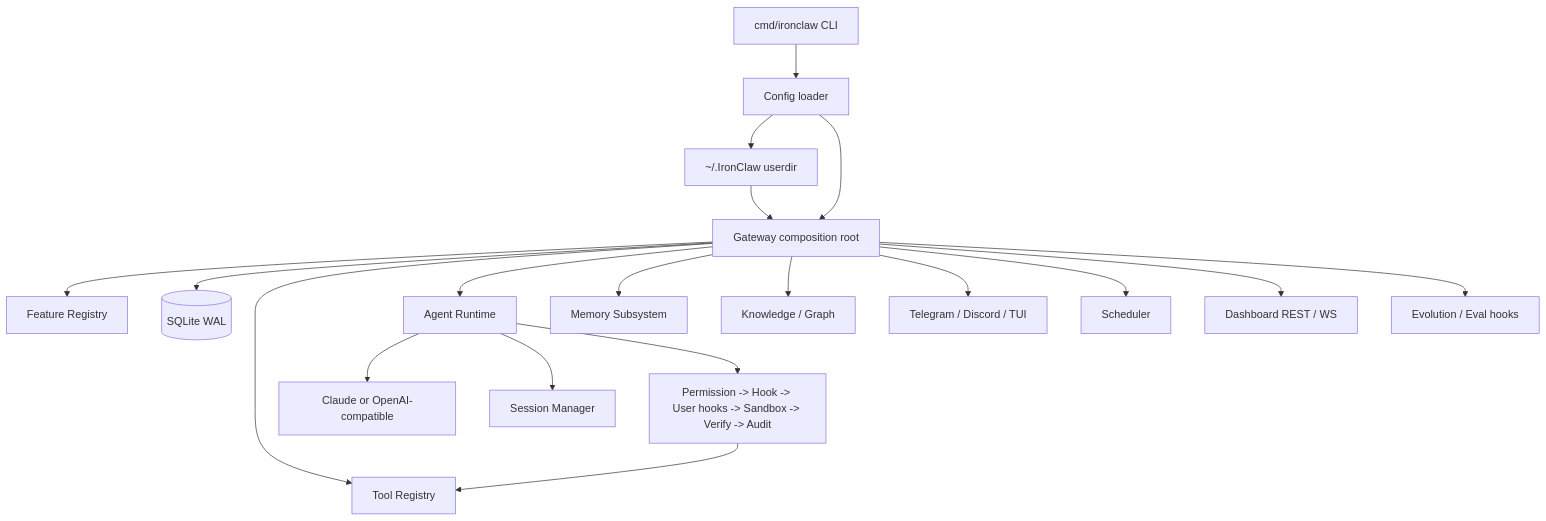
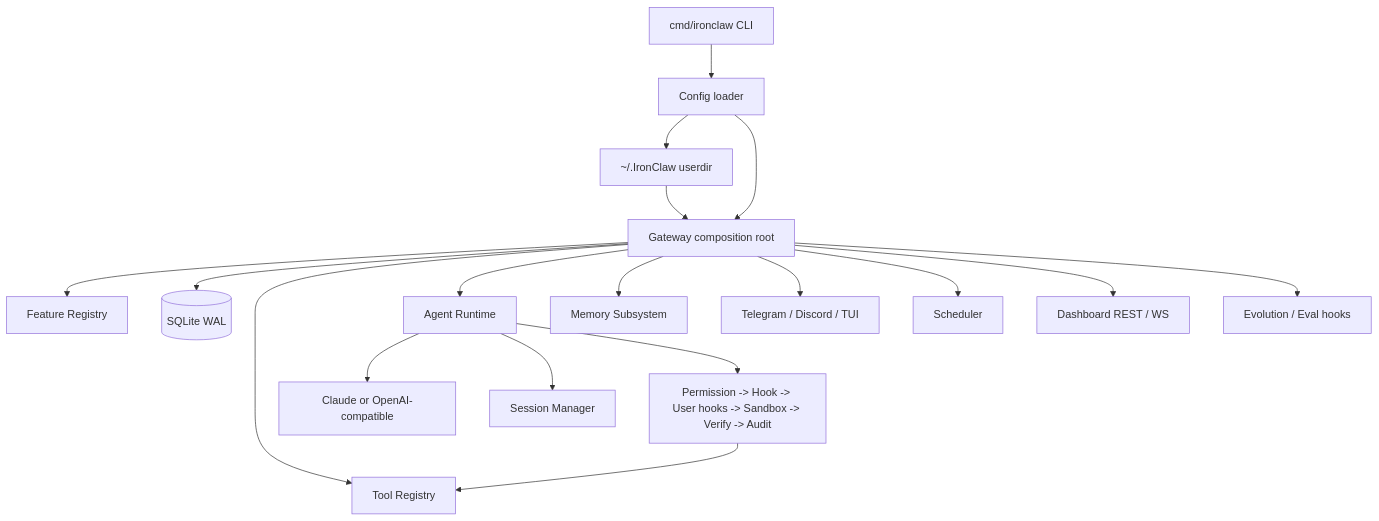
One commit to Forest-Isle/daimon changed the diagram in README_zh.md. Above: the diagram before and after it, drawn with Mermaid. The commit also changed other lines of this file and 72 other files, not shown here.

First line of the commit message:
refactor: remove Knowledge Base and Knowledge Graph subsystems

````diff
--- a/README_zh.md
+++ b/README_zh.md
@@ -21,23 +18,22 @@
 ```mermaid
 flowchart TB
     CLI[cmd/ironclaw CLI] --> Config[Config loader]
     Config --> UserDir[~/.IronClaw userdir]
     Config --> Gateway[Gateway composition root]
     UserDir --> Gateway
 
     Gateway --> Feature[Feature Registry]
     Gateway --> Store[(SQLite WAL)]
     Gateway --> Tools[Tool Registry]
     Gateway --> Agent[Agent Runtime]
     Gateway --> Memory[Memory Subsystem]
-    Gateway --> Knowledge[Knowledge / Graph]
     Gateway --> Channels[Telegram / Discord / TUI]
     Gateway --> Scheduler[Scheduler]
     Gateway --> Dashboard[Dashboard REST / WS]
     Gateway --> Evolution[Evolution / Eval hooks]
 
     Agent --> Provider[Claude or OpenAI-compatible]
     Agent --> Sessions[Session Manager]
     Agent --> ToolChain[Permission -> Hook -> User hooks -> Sandbox -> Verify -> Audit]
     ToolChain --> Tools
 ```
````
